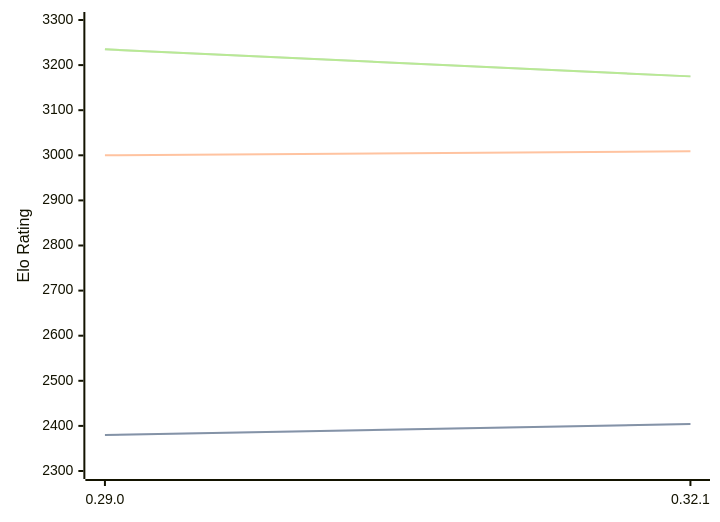
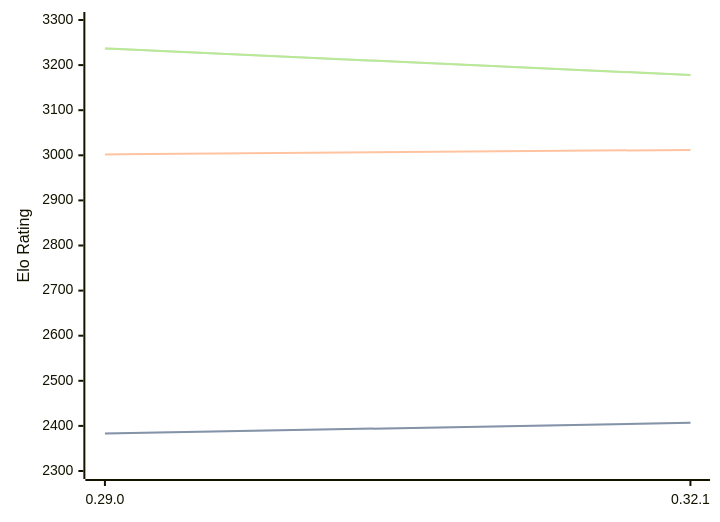
Before and after one commit to computer-chess-index/cci: the diagram in engines/Lc0.md, drawn with Mermaid. The commit also changed other lines of this file, not shown here.

Commit message:
Update CCI Ratings (ELO VLTC) - 2026-09-24

````diff
--- a/engines/Lc0.md
+++ b/engines/Lc0.md
@@ -32,11 +32,11 @@
 ```mermaid
 %%{init: {"theme":"base","themeVariables":{"seriesColors:['#a3a3a3','#222221','#faa371']}}}%%
 xychart-beta
   x-axis ["0.29.0", "0.32.1"]
   y-axis "Elo Rating" 2300 --> 3300
-  line "" [2380, 2404]
-  line "STC (8.0+0.08s)" [2380, 2404]
-  line "LTC (60.0+0.60s)" [3000, 3009]
-  line "" [3235, 3175]
-  line "VLTC (2m24s+1.12s)" [3235, 3175]
+  line "" [2383, 2407]
+  line "STC (8.0+0.08s)" [2383, 2407]
+  line "LTC (60.0+0.60s)" [3002, 3012]
+  line "" [3237, 3178]
+  line "VLTC (2m24s+1.12s)" [3237, 3178]
 ```
````
